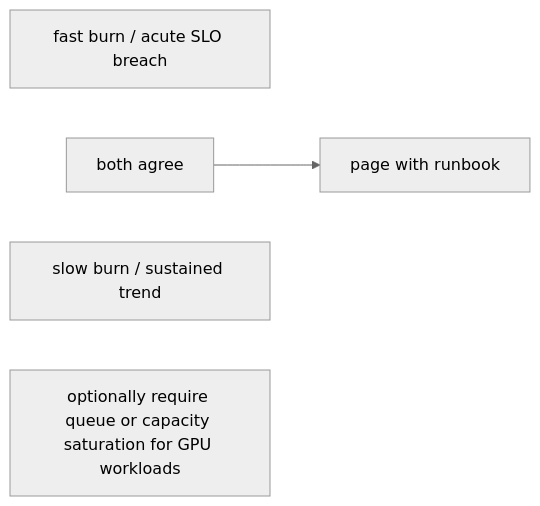
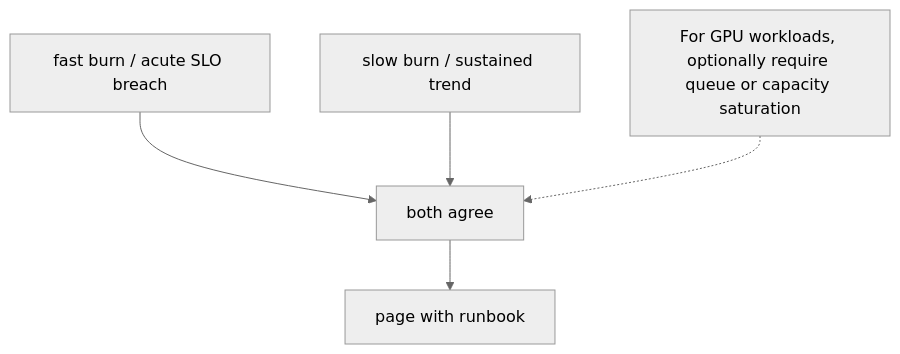
One commit to jithinpnjm/nvidia-devops changed the diagram in docs/volume-07/18-senior-deep-dive-7-alert-design-for-expensive-gpu-systems.md. Above: the diagram before and after it, drawn with Mermaid (neutral theme). The commit also changed 99 other files, not shown here.

````diff
--- a/docs/volume-07/18-senior-deep-dive-7-alert-design-for-expensive-gpu-systems.md
+++ b/docs/volume-07/18-senior-deep-dive-7-alert-design-for-expensive-gpu-systems.md
@@ -33,10 +33,7 @@
 ```mermaid
-flowchart LR
-  %% Converted from the original ASCII diagram; source wording is preserved.
-  n0["fast burn / acute SLO breach"]
-  n1["both agree"]
-  n2["page with runbook"]
-  n3["slow burn / sustained trend"]
-  n4["optionally require queue or capacity saturation for GPU workloads"]
-  n1 --> n2
+flowchart TD
+  Fast["fast burn / acute SLO breach"] --> Agree["both agree"]
+  Slow["slow burn / sustained trend"] --> Agree
+  Saturation["For GPU workloads, optionally require queue or capacity saturation"] -.-> Agree
+  Agree --> Page["page with runbook"]
 ```
````
